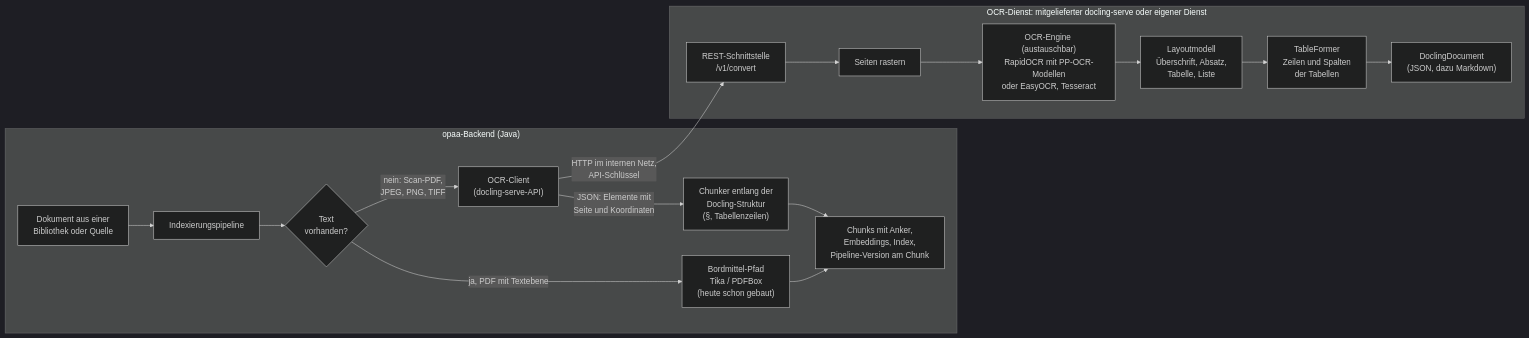
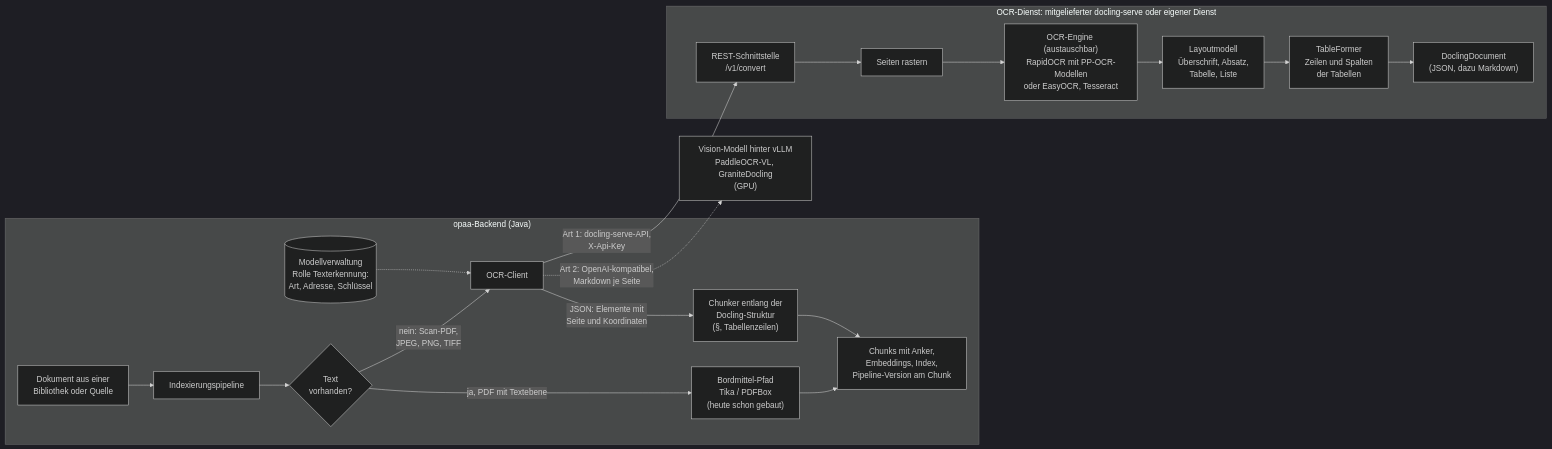
The diagram in eval/ocr-poc/REPORT.md (criew/opaa), drawn with Mermaid (dark theme) before and after one commit. The commit also changed other lines of this file, not shown here.

First line of the commit message:
docs(eval): OCR-Schaubild an die Festlegungen des Epics angleichen

````diff
--- a/eval/ocr-poc/REPORT.md
+++ b/eval/ocr-poc/REPORT.md
@@ -29,22 +29,24 @@
 ```mermaid
 flowchart LR
     subgraph opaa["opaa-Backend (Java)"]
         D["Dokument aus einer<br/>Bibliothek oder Quelle"] --> P["Indexierungspipeline"]
         P --> W{"Text<br/>vorhanden?"}
         W -- "ja, PDF mit Textebene" --> T["Bordmittel-Pfad<br/>Tika / PDFBox<br/>(heute schon gebaut)"]
-        W -- "nein: Scan-PDF,<br/>JPEG, PNG, TIFF" --> C["OCR-Client<br/>(docling-serve-API)"]
+        W -- "nein: Scan-PDF,<br/>JPEG, PNG, TIFF" --> C["OCR-Client"]
+        MV[("Modellverwaltung<br/>Rolle Texterkennung:<br/>Art, Adresse, Schlüssel")] -.-> C
         C -- "JSON: Elemente mit<br/>Seite und Koordinaten" --> CH["Chunker entlang der<br/>Docling-Struktur<br/>(§, Tabellenzeilen)"]
         T --> K["Chunks mit Anker,<br/>Embeddings, Index,<br/>Pipeline-Version am Chunk"]
         CH --> K
     end
 
-    C -- "HTTP im internen Netz,<br/>API-Schlüssel" --> S
+    C -- "Art 1: docling-serve-API,<br/>X-Api-Key" --> S
+    C -. "Art 2: OpenAI-kompatibel,<br/>Markdown je Seite" .-> V["Vision-Modell hinter vLLM<br/>PaddleOCR-VL, GraniteDocling<br/>(GPU)"]
 
     subgraph svc["OCR-Dienst: mitgelieferter docling-serve oder eigener Dienst"]
         S["REST-Schnittstelle<br/>/v1/convert"] --> R["Seiten rastern"]
         R --> O["OCR-Engine (austauschbar)<br/>RapidOCR mit PP-OCR-Modellen<br/>oder EasyOCR, Tesseract"]
         O --> L["Layoutmodell<br/>Überschrift, Absatz,<br/>Tabelle, Liste"]
         L --> TF["TableFormer<br/>Zeilen und Spalten<br/>der Tabellen"]
         TF --> A["DoclingDocument<br/>(JSON, dazu Markdown)"]
     end
 ```
````
